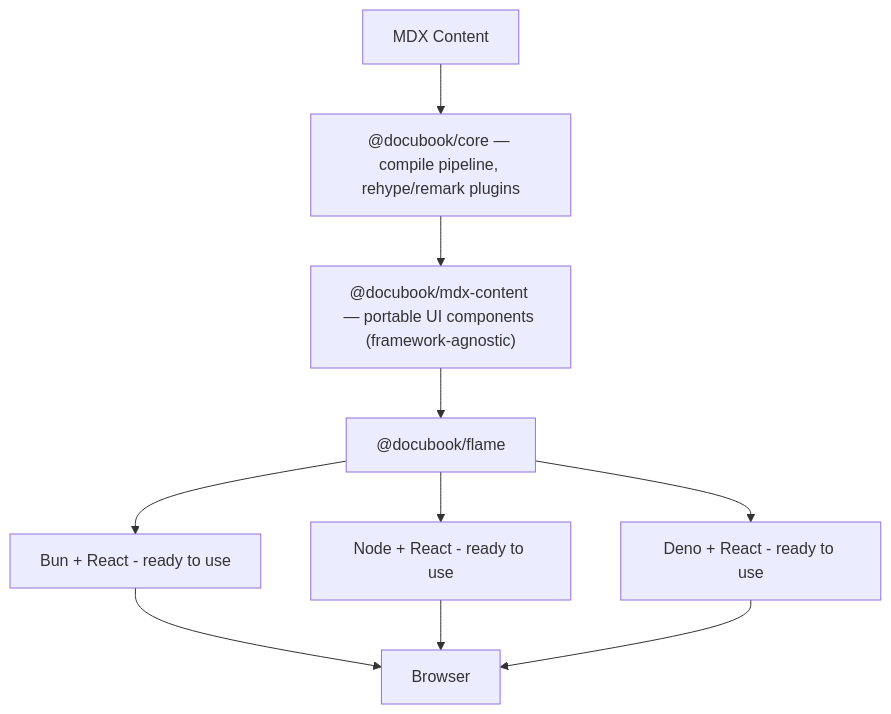
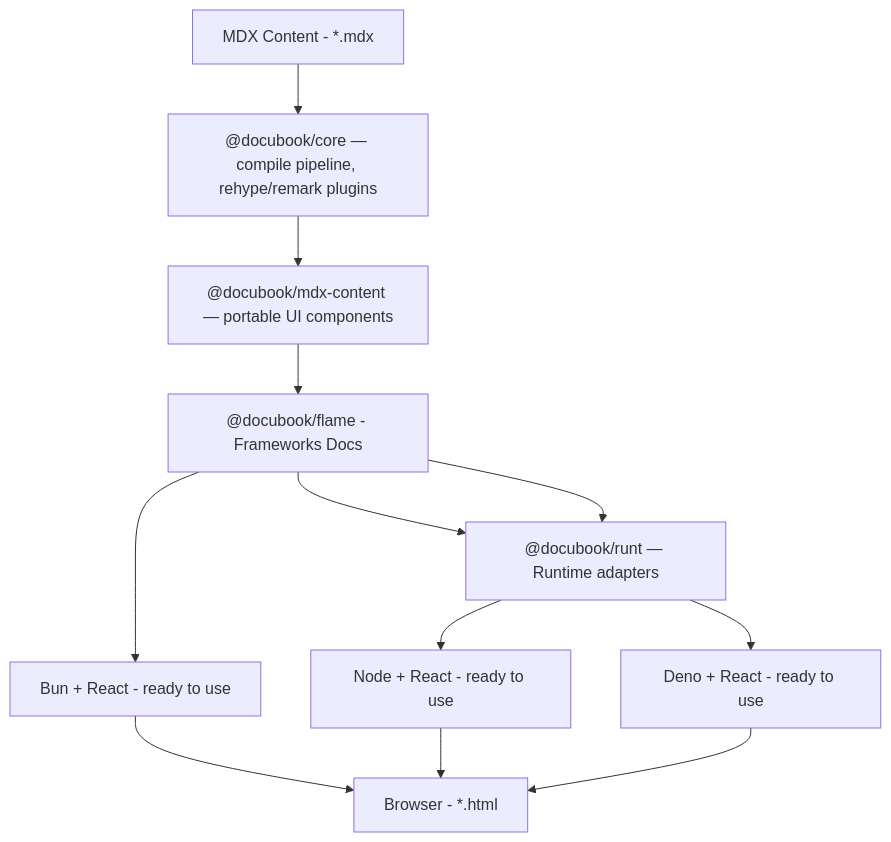
Before and after one commit to DocuBook/docubook: the diagram in README.md, drawn with Mermaid. The commit also changed other lines of this file and 1 other file, not shown here.

Commit message:
docs: clarify static HTML output and multi-runtime in README + ARCHITECTURE
README: tagline, architecture, diagram, and runtimes section now
explicitly state output is flat static HTML — runtime only needed for
toolchain and dev server.

ARCHITECTURE.md: sync System Purpose and Data Flow diagram to match;
add @docubook/runt and @docubook/mdx-content to the pipeline.

````diff
--- a/README.md
+++ b/README.md
@@ -25,16 +25,17 @@
 ```mermaid
 flowchart TD
-    A[MDX Content]
+    A[MDX Content - *.mdx]
     B["@docubook/core — compile pipeline, rehype/remark plugins"]
-    C["@docubook/mdx-content — portable UI components (framework-agnostic)"]
-    D["@docubook/flame"]
+    C["@docubook/mdx-content — portable UI components"]
+    D["@docubook/flame - Frameworks Docs"]
+    RUNT["@docubook/runt — Runtime adapters"]
     D1["Bun + React - ready to use"]
     D2["Node + React - ready to use"]
     D3["Deno + React - ready to use"]
-    E[Browser]
+    E[Browser - *.html]
 
     A -->  B --> C --> D
     D --> D1 --> E
-    D --> D2 --> E
-    D --> D3 --> E
+    D --> RUNT --> D2 --> E
+    D --> RUNT --> D3 --> E
 ```
````
